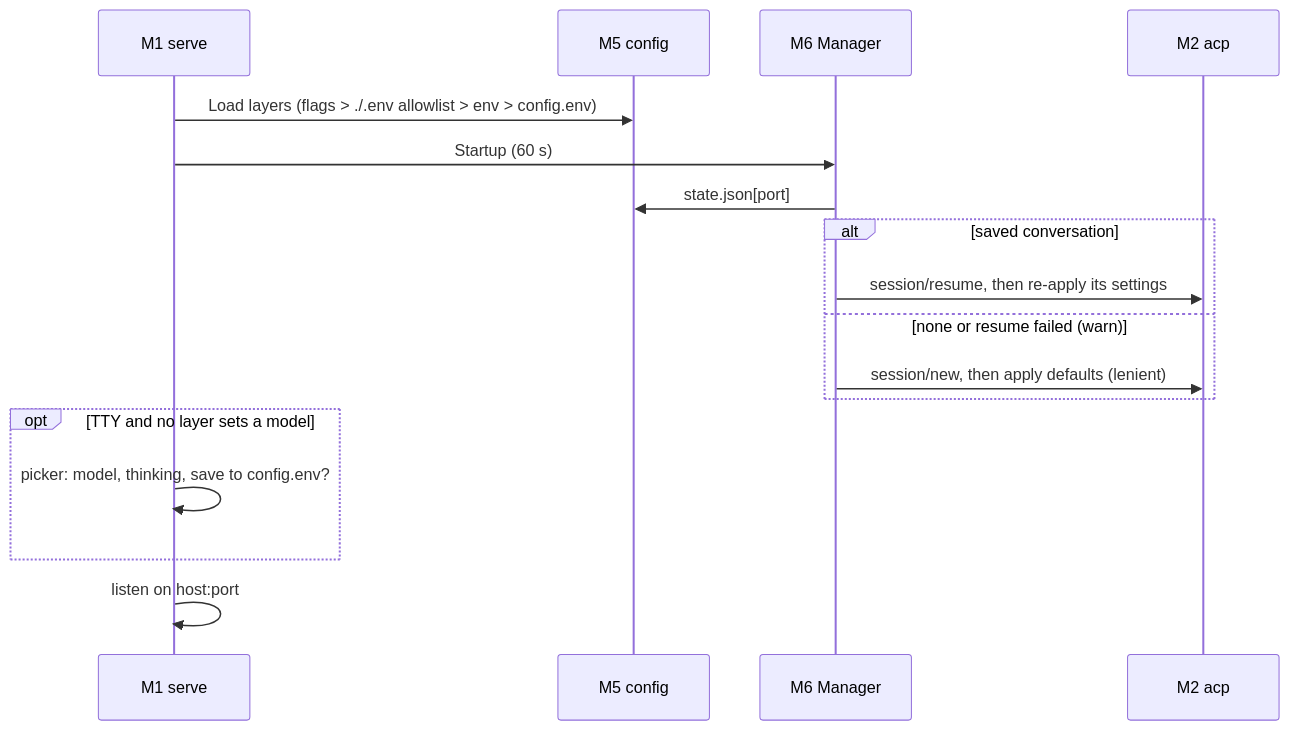
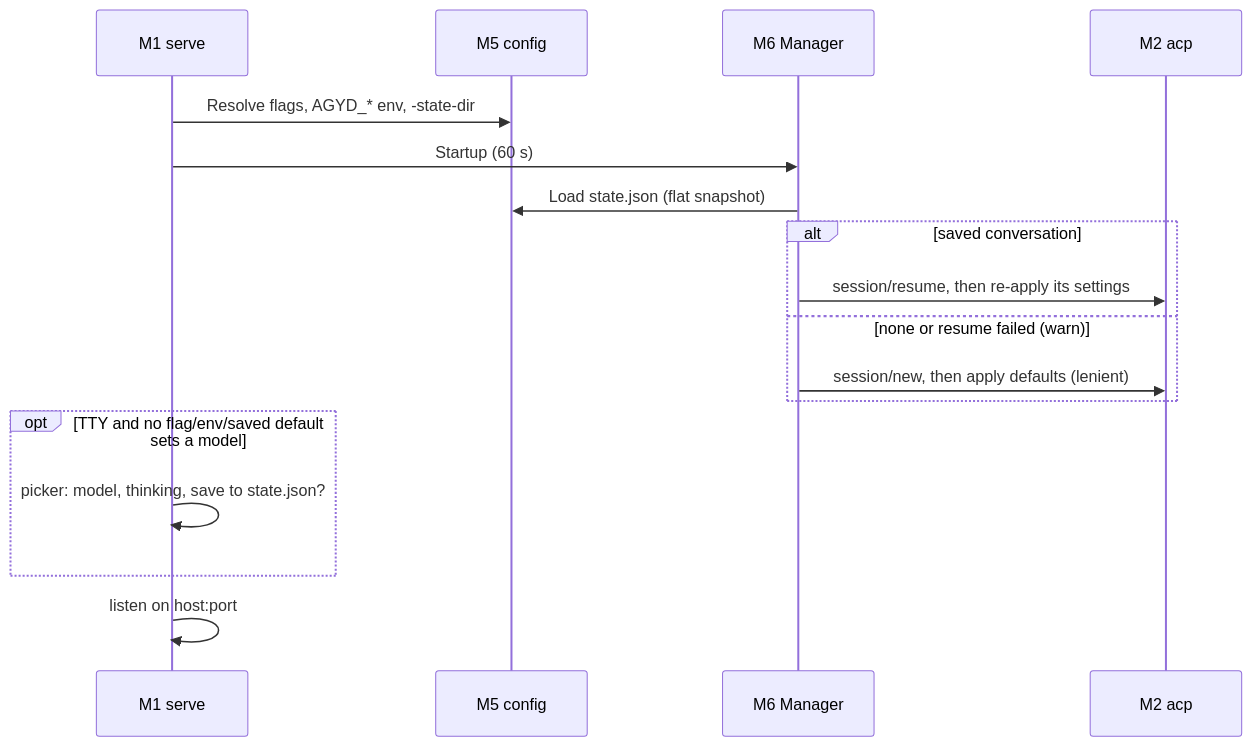
The second of 3 diagrams in SDD.md (kesokaj/agyd), drawn with Mermaid before and after one commit. The commit also changed other lines of this file and 45 other files, not shown here.

Commit message:
Phase 1: flags+env config, flat state.json, SIGTERM restart, TTY fix

````diff
--- a/SDD.md
+++ b/SDD.md
@@ -62,19 +62,19 @@
 ```mermaid
 sequenceDiagram
   participant M as M1 serve
   participant C as M5 config
   participant G as M6 Manager
   participant A as M2 acp
-  M->>C: Load layers (flags > ./.env allowlist > env > config.env)
+  M->>C: Resolve flags, AGYD_* env, -state-dir
   M->>G: Startup (60 s)
-  G->>C: state.json[port]
+  G->>C: Load state.json (flat snapshot)
   alt saved conversation
     G->>A: session/resume, then re-apply its settings
   else none or resume failed (warn)
     G->>A: session/new, then apply defaults (lenient)
   end
-  opt TTY and no layer sets a model
-    M->>M: picker: model, thinking, save to config.env?
+  opt TTY and no flag/env/saved default sets a model
+    M->>M: picker: model, thinking, save to state.json?
   end
   M->>M: listen on host:port
 ```
````
